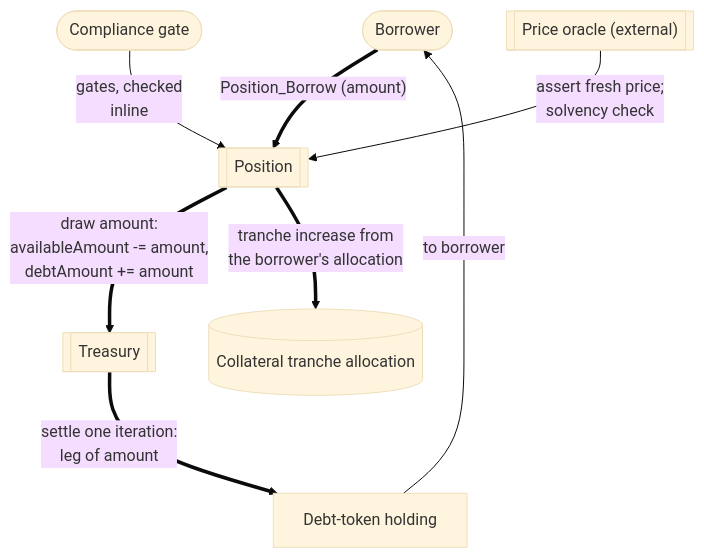
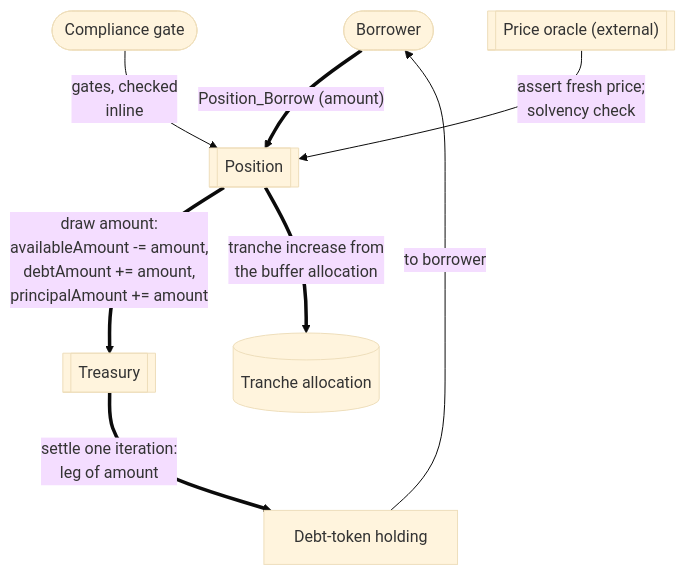
The third of 7 diagrams in docs/reference-architectures/lending.md (OpenZeppelin/canton-specs), drawn with Mermaid (base theme) before and after one commit. The commit also changed other lines of this file, not shown here.

Commit message:
Clarify which allocations each one is. Add spacing in diagrams and change colors in sequence diagrams.

````diff
--- a/docs/reference-architectures/lending.md
+++ b/docs/reference-architectures/lending.md
@@ -291,18 +291,18 @@
 ```mermaid
 flowchart TD
     Borrower([Borrower])
     Compliance(["Compliance gate"])
     Oracle[["Price oracle (external)"]]
     Position[["Position"]]
     Treasury[["Treasury"]]
     Coin["Debt-token holding"]
-    Tranche[("Collateral tranche allocation")]
+    Tranche[("Tranche allocation")]
 
     Borrower ==>|"Position_Borrow (amount)"| Position
     Compliance -->|"gates, checked<br/>inline"| Position
     Oracle -->|"assert fresh price;<br/>solvency check"| Position
-    Position ==>|"draw amount:<br/>availableAmount -= amount,<br/>debtAmount += amount"| Treasury
+    Position ==>|"draw amount:<br/>availableAmount -= amount,<br/>debtAmount += amount,<br/>principalAmount += amount"| Treasury
     Treasury ==>|"settle one iteration:<br/>leg of amount"| Coin
     Coin -->|"to borrower"| Borrower
-    Position ==>|"tranche increase from<br/>the borrower's allocation"| Tranche
+    Position ==>|"tranche increase from<br/>the buffer allocation"| Tranche
 ```
````
